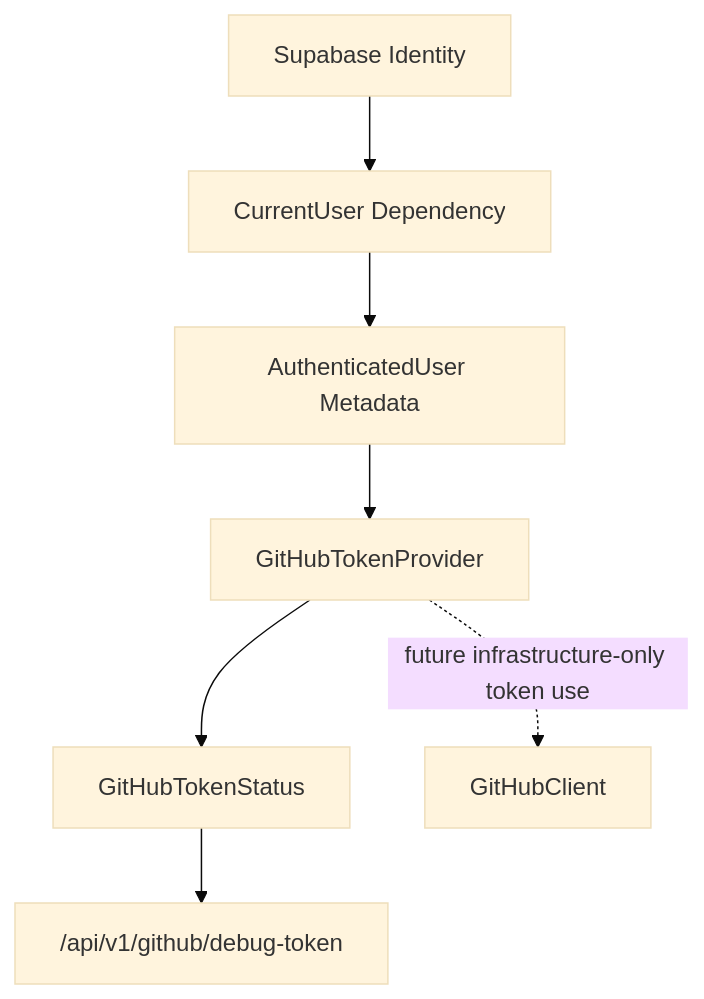
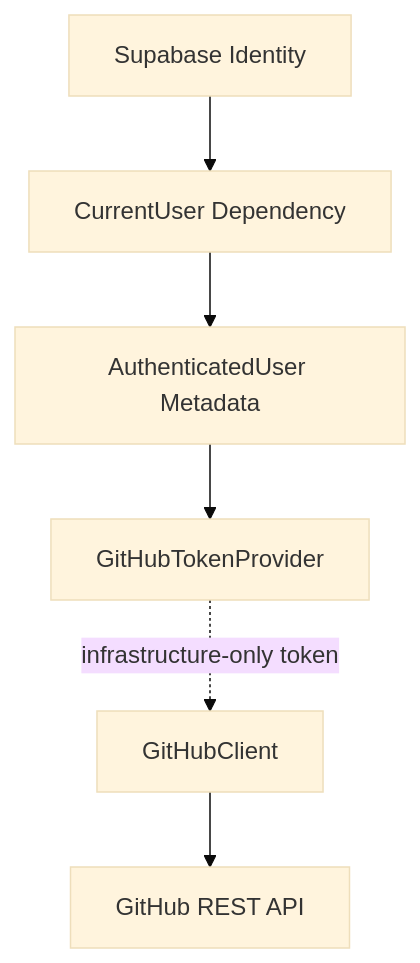
One commit to Karthikrnaik24/RepoMind_AI changed the second of 4 diagrams in docs/GITHUB_ARCHITECTURE.md. Above: the diagram before and after it, drawn with Mermaid (base theme). The commit also changed other lines of this file and 20 other files, not shown here.

````diff
--- a/docs/GITHUB_ARCHITECTURE.md
+++ b/docs/GITHUB_ARCHITECTURE.md
@@ -80,9 +68,8 @@
 ```mermaid
 flowchart TD
     SupabaseIdentity["Supabase Identity"] --> AuthDependency["CurrentUser Dependency"]
     AuthDependency --> AuthenticatedUser["AuthenticatedUser Metadata"]
     AuthenticatedUser --> TokenProvider["GitHubTokenProvider"]
-    TokenProvider --> SafeStatus["GitHubTokenStatus"]
-    SafeStatus --> DebugEndpoint["/api/v1/github/debug-token"]
-    TokenProvider -. "future infrastructure-only token use" .-> GitHubClient["GitHubClient"]
+    TokenProvider -. "infrastructure-only token" .-> GitHubClient["GitHubClient"]
+    GitHubClient --> GitHubAPI["GitHub REST API"]
 ```
````
